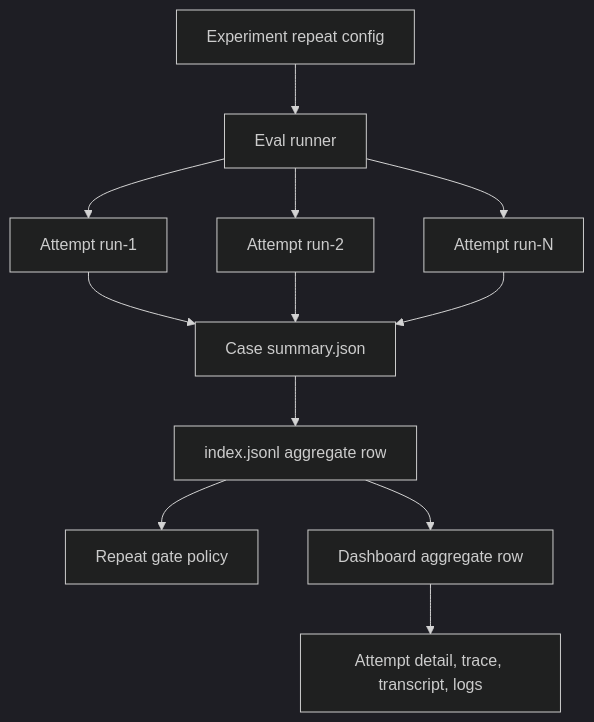
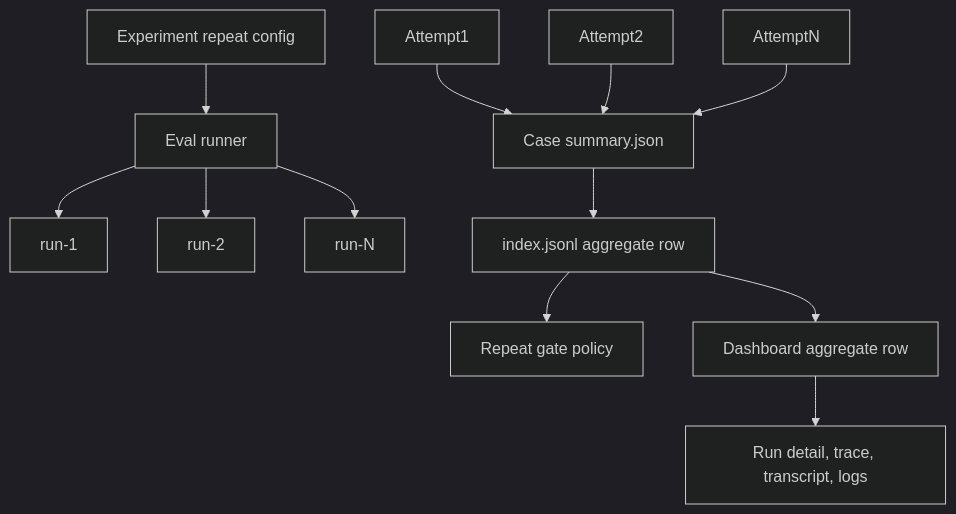
The diagram in docs/plans/2026-06-23-001-feat-repeat-runs-flaky-evals-plan.md (EntityProcess/agentv), drawn with Mermaid (dark theme) before and after one commit. The commit also changed other lines of this file and 51 other files, not shown here.

````diff
--- a/docs/plans/2026-06-23-001-feat-repeat-runs-flaky-evals-plan.md
+++ b/docs/plans/2026-06-23-001-feat-repeat-runs-flaky-evals-plan.md
@@ -166,14 +166,14 @@
 ```mermaid
 flowchart TB
   Config[Experiment repeat config] --> Runner[Eval runner]
-  Runner --> Attempt1[Attempt run-1]
-  Runner --> Attempt2[Attempt run-2]
-  Runner --> AttemptN[Attempt run-N]
+  Runner --> Run1[run-1]
+  Runner --> Run2[run-2]
+  Runner --> RunN[run-N]
   Attempt1 --> CaseSummary[Case summary.json]
   Attempt2 --> CaseSummary
   AttemptN --> CaseSummary
   CaseSummary --> Index[index.jsonl aggregate row]
   Index --> Gate[Repeat gate policy]
   Index --> Dashboard[Dashboard aggregate row]
-  Dashboard --> Drilldown[Attempt detail, trace, transcript, logs]
+  Dashboard --> Drilldown[Run detail, trace, transcript, logs]
 ```
````
